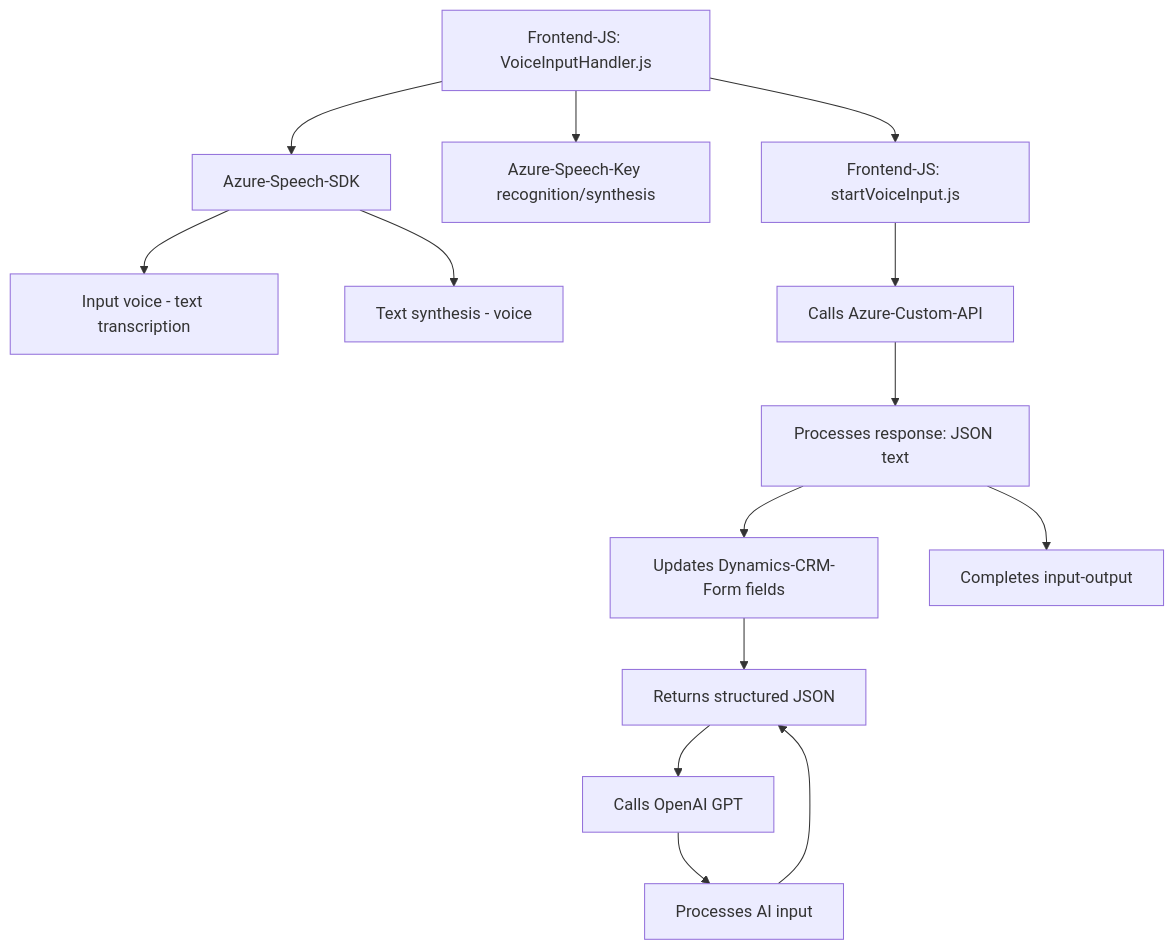
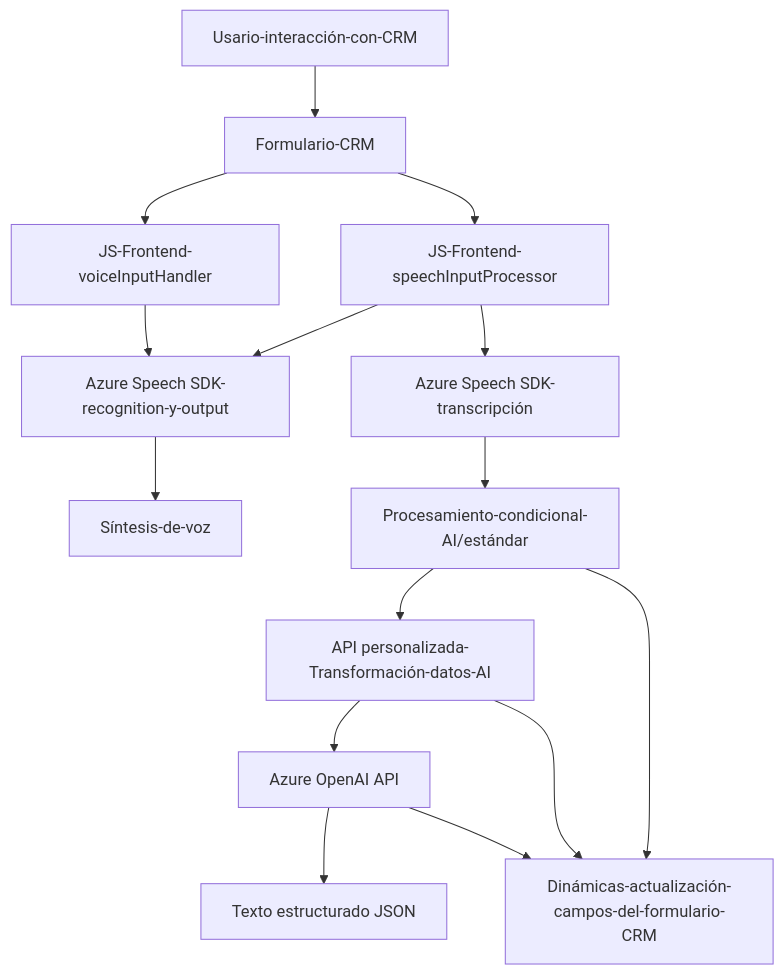
The diagram in README.md (blopezdm/NETCORE_BILBAO2025), drawn with Mermaid before and after one commit. The commit also changed other lines of this file, not shown here.

Commit message:
Actualizar análisis global de la solución con IA

````diff
--- a/README.md
+++ b/README.md
@@ -42,16 +43,20 @@
 ```mermaid
 graph TD
-    A["Frontend-JS: VoiceInputHandler.js"] --> B["Azure-Speech-SDK"]
-    A --> C["Azure-Speech-Key recognition/synthesis"]
-    B --> D["Input voice - text transcription"]
-    B --> E["Text synthesis - voice"]
-    A --> F["Frontend-JS: startVoiceInput.js"]
-    F --> G["Calls Azure-Custom-API"]
-    G --> H["Processes response: JSON text"]
-    H --> I["Updates Dynamics-CRM-Form fields"]
-    H --> J["Completes input-output"]
-    I --> K["CRM Plugin: TransformTextWithAzureAI.cs"]
-    K --> L["Calls OpenAI GPT"]
-    L --> M["Processes AI input"]
-    M --> K["Returns structured JSON"]
+  A["Usario-interacción-con-CRM"] --> B["Formulario-CRM"]
+  B --> C["JS-Frontend-voiceInputHandler"]
+  B --> D["JS-Frontend-speechInputProcessor"]
+
+  C --> E["Azure Speech SDK-recognition-y-output"]
+  D --> E
+  E --> F["Síntesis-de-voz"]
+  D --> G["Azure Speech SDK-transcripción"]
+  G --> H["Procesamiento-condicional-AI/estándar"]
+  
+  H --> I["API personalizada-Transformación-datos-AI"]
+  I --> J["Azure OpenAI API"]
+  
+  I --> K["Dinámicas-actualización-campos-del-formulario-CRM"]
+  J --> L["Texto estructurado JSON"]
+  H --> K
+  J --> K
 ```
````
